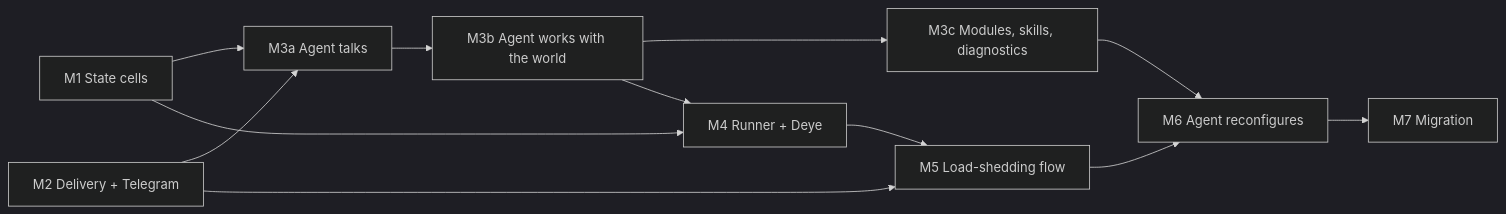
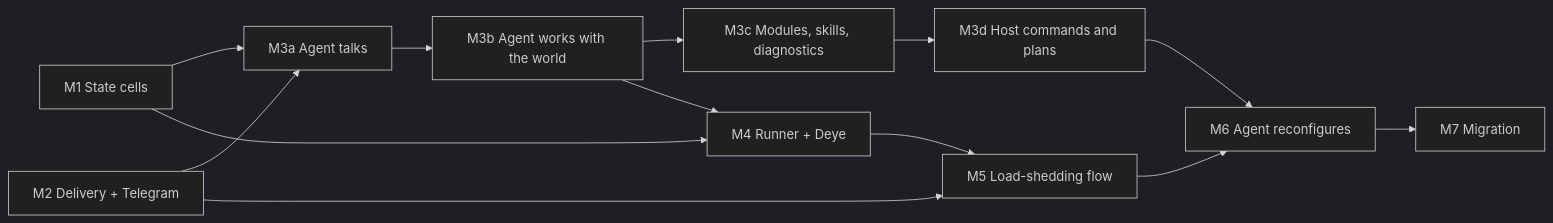
The diagram in docs/plans/p1-all-in-one.md (igorrius/ganglion), drawn with Mermaid (dark theme) before and after one commit. The commit also changed other lines of this file and 7 other files, not shown here.

First line of the commit message:
docs: M3d design, host commands and plans (ADR-0038-0040)

````diff
--- a/docs/plans/p1-all-in-one.md
+++ b/docs/plans/p1-all-in-one.md
@@ -86,14 +89,15 @@
 ```mermaid
 flowchart LR
     M1["M1 State cells"] --> M3["M3a Agent talks"]
     M2["M2 Delivery + Telegram"] --> M3
     M3 --> M3B["M3b Agent works with the world"]
     M3B --> M3C["M3c Modules, skills, diagnostics"]
     M1 --> M4["M4 Runner + Deye"]
     M3B --> M4
     M4 --> M5["M5 Load-shedding flow"]
     M2 --> M5
-    M3C --> M6["M6 Agent reconfigures"]
+    M3C --> M3D["M3d Host commands and plans"]
+    M3D --> M6["M6 Agent reconfigures"]
     M5 --> M6
     M6 --> M7["M7 Migration"]
 ```
````
